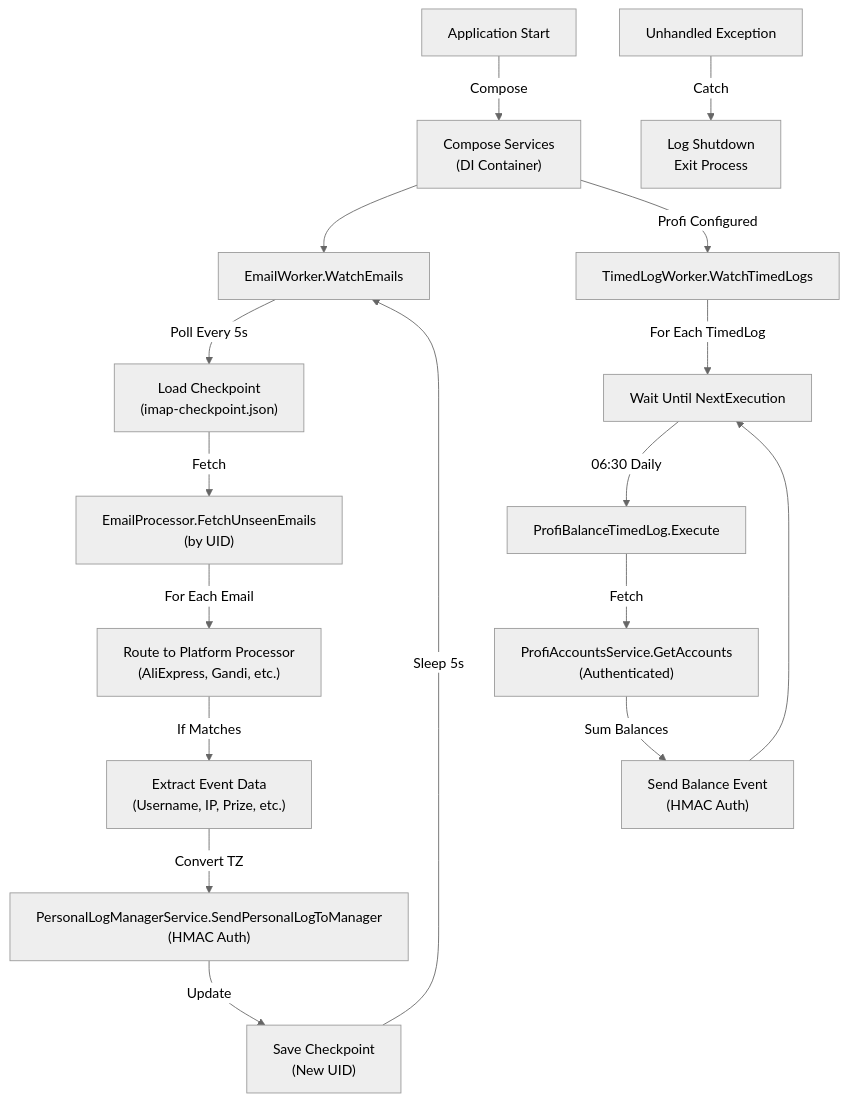
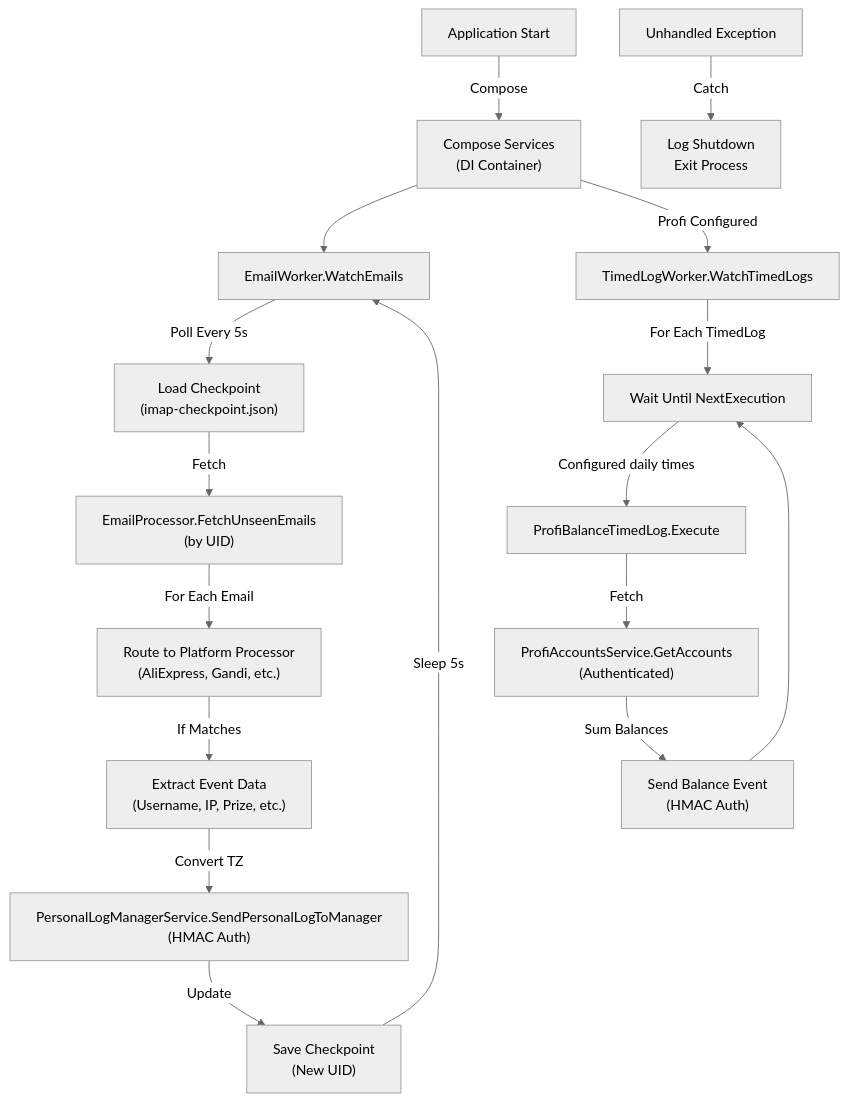
One commit to hmlendea/personal-data-logger changed the third of 5 diagrams in ARCHITECTURE.md. Above: the diagram before and after it, drawn with Mermaid (neutral theme). The commit also changed other lines of this file and 5 other files, not shown here.

Commit message:
profi: Multiple and configurable balance log times

````diff
--- a/ARCHITECTURE.md
+++ b/ARCHITECTURE.md
@@ -82,21 +82,21 @@
 ```mermaid
 graph TD
     Start["Application Start"] -->|Compose| Compose["Compose Services<br/>(DI Container)"]
     Compose --> Email["EmailWorker.WatchEmails"]
     Compose -->|Profi Configured| Timed["TimedLogWorker.WatchTimedLogs"]
     Email -->|Poll Every 5s| CheckCP["Load Checkpoint<br/>(imap-checkpoint.json)"]
     CheckCP -->|Fetch| IMAPFetch["EmailProcessor.FetchUnseenEmails<br/>(by UID)"]
     IMAPFetch -->|For Each Email| Extract["Route to Platform Processor<br/>(AliExpress, Gandi, etc.)"]
     Extract -->|If Matches| ParseEvent["Extract Event Data<br/>(Username, IP, Prize, etc.)"]
     ParseEvent -->|Convert TZ| SendAPI["PersonalLogManagerService.SendPersonalLogToManager<br/>(HMAC Auth)"]
     SendAPI -->|Update| SaveCP["Save Checkpoint<br/>(New UID)"]
     SaveCP -->|Sleep 5s| Email
 
     Timed -->|For Each TimedLog| Wait["Wait Until NextExecution"]
-    Wait -->|06:30 Daily| ProfiLog["ProfiBalanceTimedLog.Execute"]
+    Wait -->|Configured daily times| ProfiLog["ProfiBalanceTimedLog.Execute"]
     ProfiLog -->|Fetch| ProfiAPI["ProfiAccountsService.GetAccounts<br/>(Authenticated)"]
     ProfiAPI -->|Sum Balances| SendBalance["Send Balance Event<br/>(HMAC Auth)"]
     SendBalance --> Wait
 
     Err["Unhandled Exception"] -->|Catch| Shutdown["Log Shutdown<br/>Exit Process"]
 ```
````
